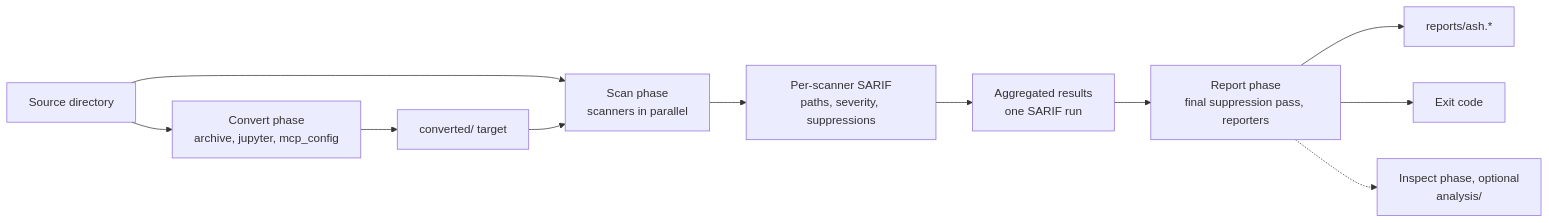
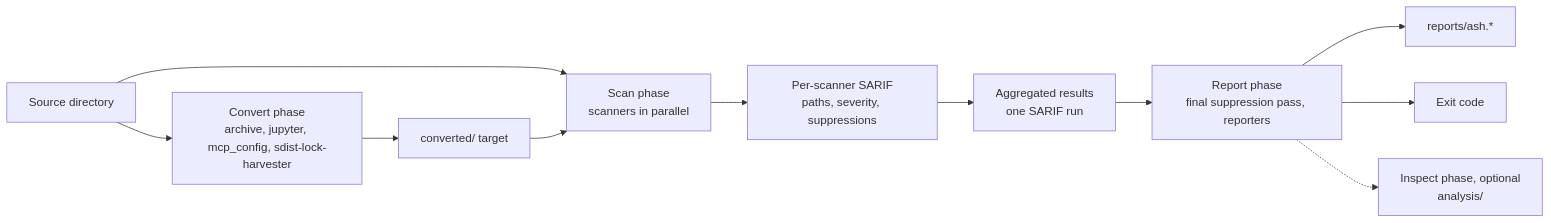
One commit to awslabs/automated-security-helper changed the diagram in docs/content/concepts/how-ash-works.md. Above: the diagram before and after it, drawn with Mermaid. The commit also changed 5 other files, not shown here.

First line of the commit message:
fix: give the sdist lock harvester its config section and read plugin names from the manifests

````diff
--- a/docs/content/concepts/how-ash-works.md
+++ b/docs/content/concepts/how-ash-works.md
@@ -9,13 +9,13 @@
 ```mermaid
 flowchart LR
-    src[Source directory] --> convert[Convert phase<br/>archive, jupyter, mcp_config]
+    src[Source directory] --> convert[Convert phase<br/>archive, jupyter, mcp_config, sdist-lock-harvester]
     convert --> conv[converted/ target]
     src --> scan
     conv --> scan[Scan phase<br/>scanners in parallel]
     scan --> sarif[Per-scanner SARIF<br/>paths, severity, suppressions]
     sarif --> merged[Aggregated results<br/>one SARIF run]
     merged --> report[Report phase<br/>final suppression pass, reporters]
     report --> out[reports/ash.*]
     report --> code[Exit code]
     report -.-> inspect[Inspect phase, optional<br/>analysis/]
 ```
````
